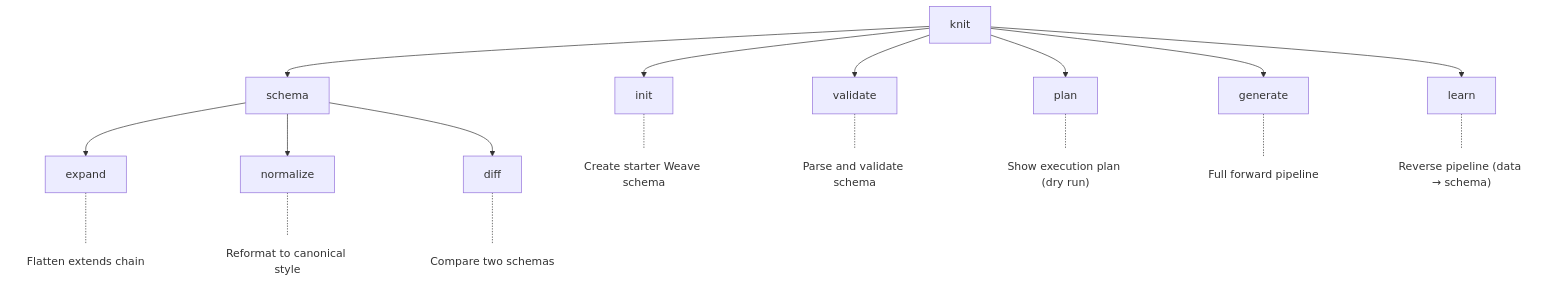
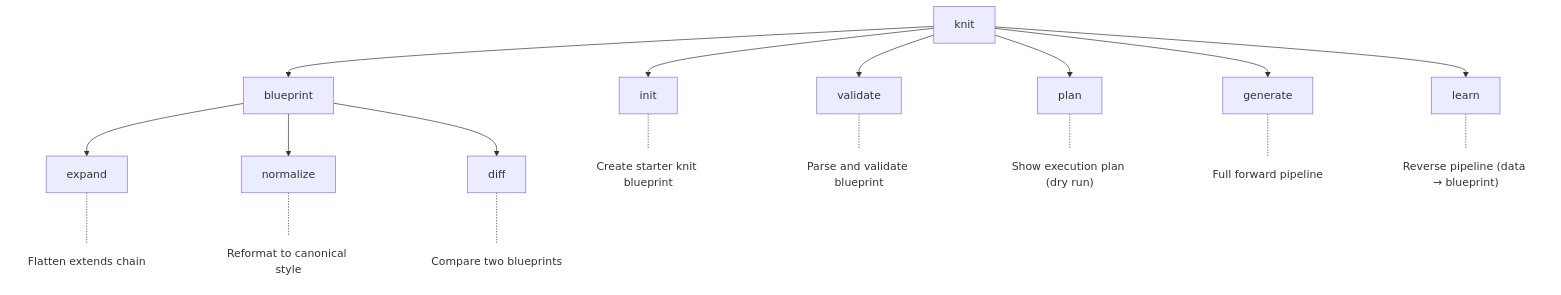
One commit to Yaming-Hub/knit changed the second of 6 diagrams in docs/design-cli.md. Above: the diagram before and after it, drawn with Mermaid. The commit also changed other lines of this file and 99 other files, not shown here.

First line of the commit message:
refactor: rename 'schema' to 'blueprint' throughout codebase (#235)

````diff
--- a/docs/design-cli.md
+++ b/docs/design-cli.md
@@ -92,31 +92,31 @@
 ```mermaid
 flowchart TD
     knit[knit] --> init[init]
     knit --> validate[validate]
     knit --> plan[plan]
     knit --> generate[generate]
     knit --> learn[learn]
-    knit --> schema_cmd[schema]
+    knit --> blueprint_cmd[blueprint]
 
-    schema_cmd --> expand[expand]
-    schema_cmd --> normalize[normalize]
-    schema_cmd --> diff[diff]
+    blueprint_cmd --> expand[expand]
+    blueprint_cmd --> normalize[normalize]
+    blueprint_cmd --> diff[diff]
 
-    init -.- desc_init["Create starter Weave schema"]
-    validate -.- desc_val["Parse and validate schema"]
+    init -.- desc_init["Create starter knit blueprint"]
+    validate -.- desc_val["Parse and validate blueprint"]
     plan -.- desc_plan["Show execution plan (dry run)"]
     generate -.- desc_gen["Full forward pipeline"]
-    learn -.- desc_learn["Reverse pipeline (data → schema)"]
+    learn -.- desc_learn["Reverse pipeline (data → blueprint)"]
     expand -.- desc_exp["Flatten extends chain"]
     normalize -.- desc_norm["Reformat to canonical style"]
-    diff -.- desc_diff["Compare two schemas"]
+    diff -.- desc_diff["Compare two blueprints"]
 
     style desc_init fill:none,stroke:none
     style desc_val fill:none,stroke:none
     style desc_plan fill:none,stroke:none
     style desc_gen fill:none,stroke:none
     style desc_learn fill:none,stroke:none
     style desc_exp fill:none,stroke:none
     style desc_norm fill:none,stroke:none
     style desc_diff fill:none,stroke:none
 ```
````
